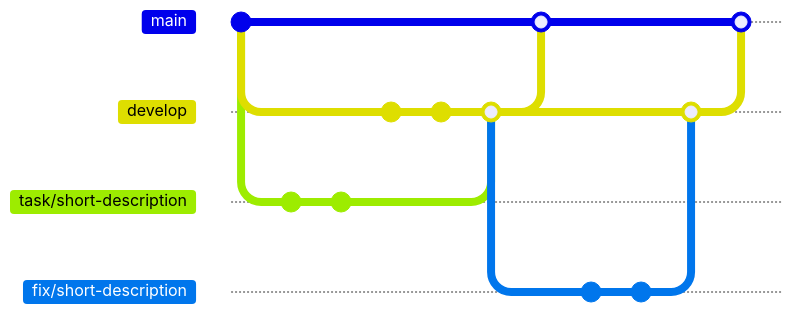
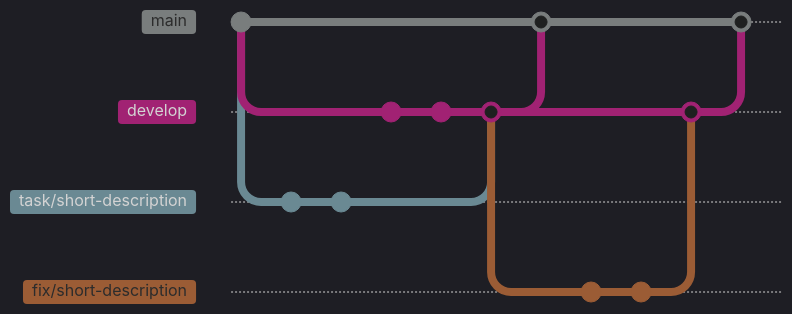
The second of 2 diagrams in README.md (atrskv/demoblaze-tests), drawn with Mermaid before and after one commit. The commit also changed other lines of this file, not shown here. Commit ids are hidden.

````diff
--- a/README.md
+++ b/README.md
@@ -182,24 +191,25 @@
 ```mermaid
+    %%{init: {'theme':'dark'}}%%
 gitGraph
    commit id: "Initial commit"
    branch develop
    branch task/short-description
    commit
    commit
    checkout develop
    commit id: "Update README.md"
    commit id: "Update .gitignore"
    merge task/short-description
    checkout main
    merge develop
    checkout develop
    branch fix/short-description
    commit
    commit
    checkout develop
    merge fix/short-description
    checkout main
    merge develop
 
 
 ```
````
